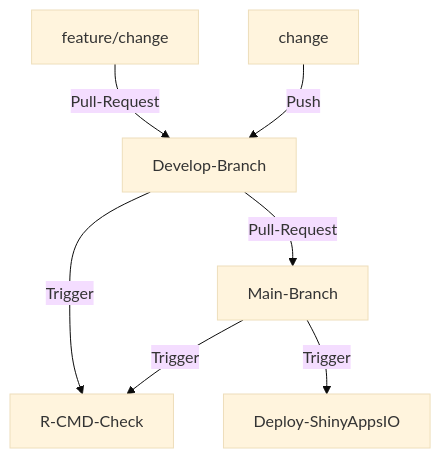
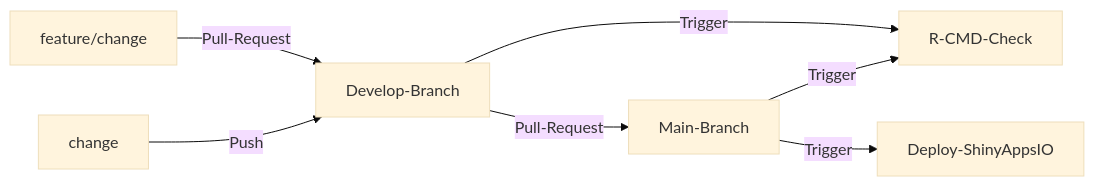
The diagram in README.md (spriyansh/PCAdash), drawn with Mermaid (base theme) before and after one commit. The commit also changed 11 other files, not shown here.

````diff
--- a/README.md
+++ b/README.md
@@ -35,10 +35,10 @@
 ```mermaid
-graph TD;
+graph LR;
     feature/change-->|Pull-Request|Develop-Branch;
     Develop-Branch-->|Trigger|R-CMD-Check;
     change-->|Push|Develop-Branch;
     Develop-Branch-->|Pull-Request|Main-Branch;
     Main-Branch-->|Trigger|R-CMD-Check;
     Main-Branch-->|Trigger|Deploy-ShinyAppsIO;
     
 ```
````
